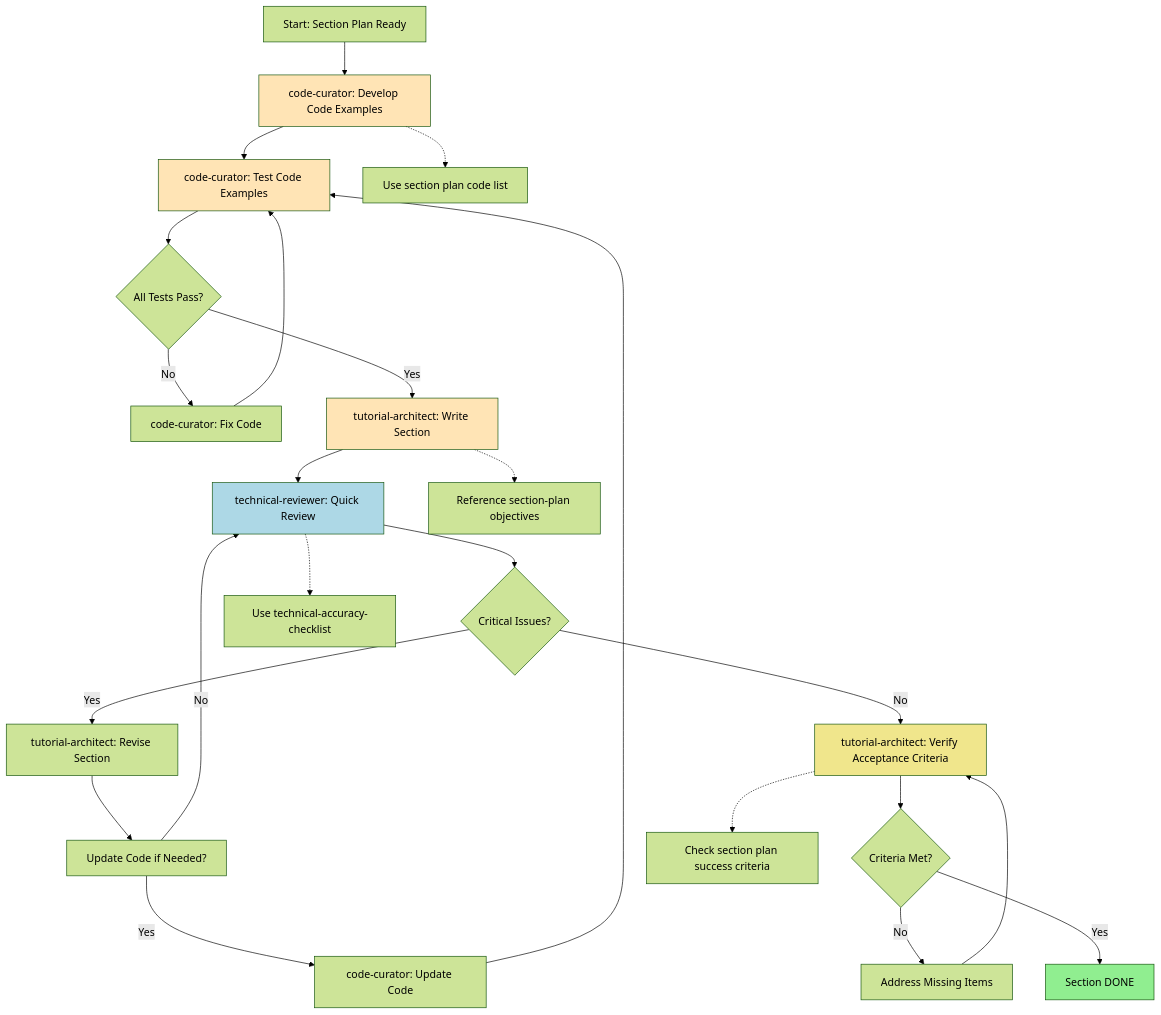
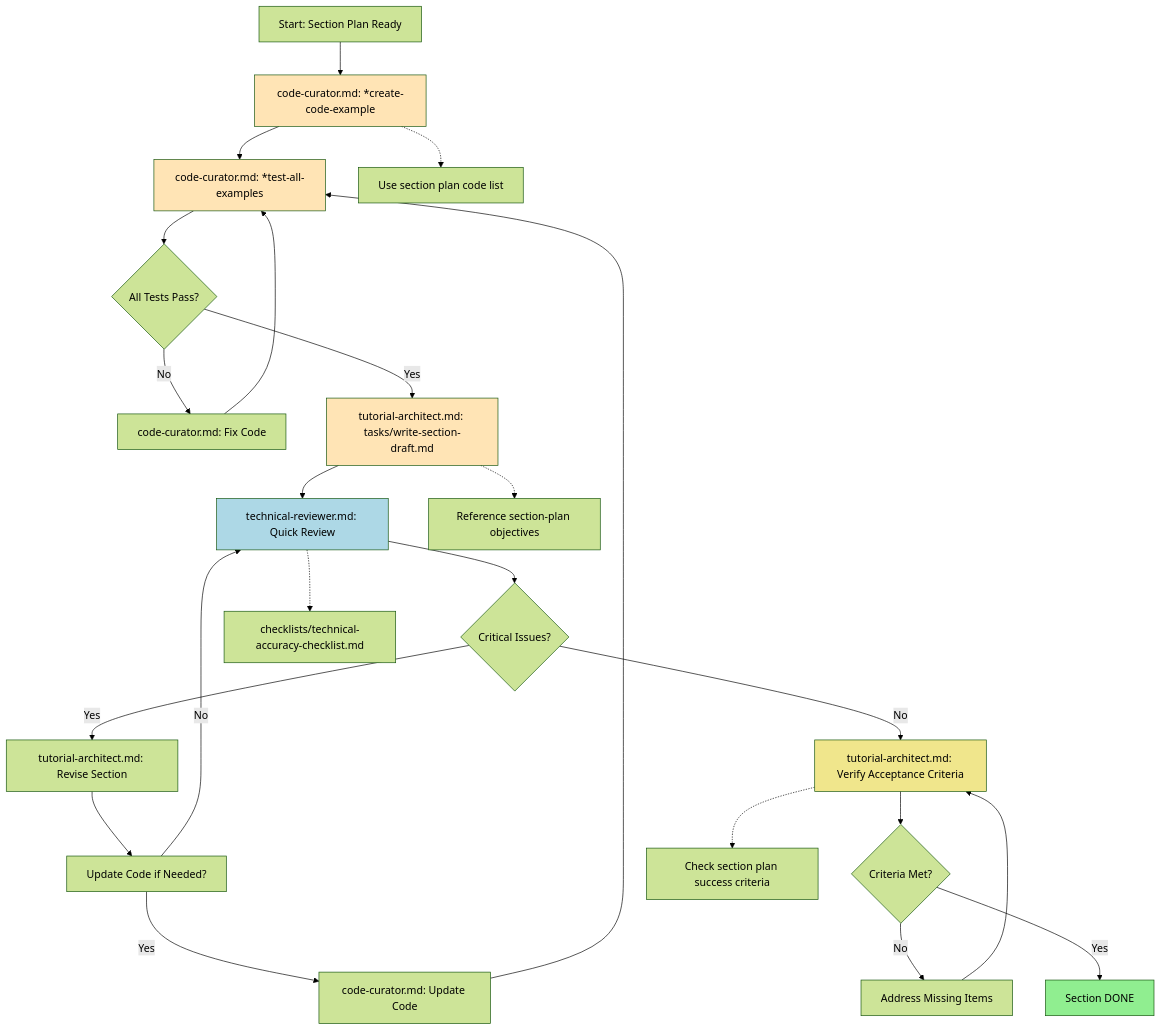
Before and after one commit to drbothen/BMAD-METHOD: the sixth of 18 diagrams in expansion-packs/bmad-technical-writing/docs/process-flows.md, drawn with Mermaid (forest theme). The commit also changed other lines of this file, not shown here.

Commit message:
docs: add comprehensive process flow documentation

````diff
--- a/expansion-packs/bmad-technical-writing/docs/process-flows.md
+++ b/expansion-packs/bmad-technical-writing/docs/process-flows.md
@@ -330,33 +448,33 @@
 ```mermaid
 graph TD
-    A[Start: Section Plan Ready] --> B[code-curator: Develop Code Examples]
-    B --> C[code-curator: Test Code Examples]
+    A[Start: Section Plan Ready] --> B[code-curator.md: *create-code-example]
+    B --> C[code-curator.md: *test-all-examples]
     C --> D{All Tests Pass?}
-    D -->|No| E[code-curator: Fix Code]
+    D -->|No| E[code-curator.md: Fix Code]
     E --> C
-    D -->|Yes| F[tutorial-architect: Write Section]
-    F --> G[technical-reviewer: Quick Review]
+    D -->|Yes| F[tutorial-architect.md: tasks/write-section-draft.md]
+    F --> G[technical-reviewer.md: Quick Review]
     G --> H{Critical Issues?}
-    H -->|Yes| I[tutorial-architect: Revise Section]
+    H -->|Yes| I[tutorial-architect.md: Revise Section]
     I --> J[Update Code if Needed?]
-    J -->|Yes| K[code-curator: Update Code]
+    J -->|Yes| K[code-curator.md: Update Code]
     K --> C
     J -->|No| G
-    H -->|No| L[tutorial-architect: Verify Acceptance Criteria]
+    H -->|No| L[tutorial-architect.md: Verify Acceptance Criteria]
     L --> M{Criteria Met?}
     M -->|No| N[Address Missing Items]
     N --> L
     M -->|Yes| O[Section DONE]
 
     B -.-> B1[Use section plan code list]
     F -.-> F1[Reference section-plan objectives]
-    G -.-> G1[Use technical-accuracy-checklist]
+    G -.-> G1[checklists/technical-accuracy-checklist.md]
     L -.-> L1[Check section plan success criteria]
 
     style O fill:#90EE90
     style B fill:#FFE4B5
     style C fill:#FFE4B5
     style F fill:#FFE4B5
     style G fill:#ADD8E6
     style L fill:#F0E68C
 ```
````
